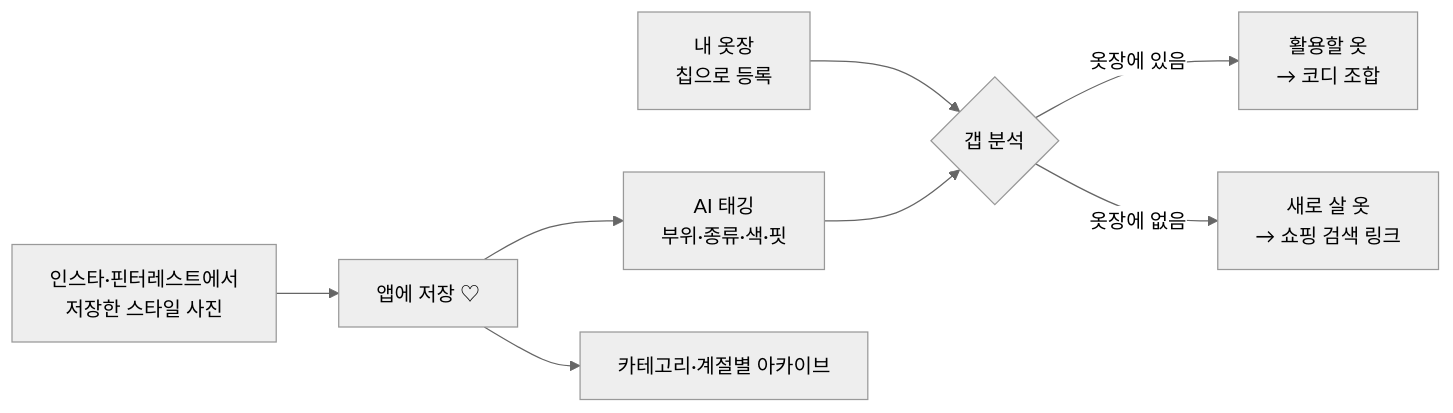
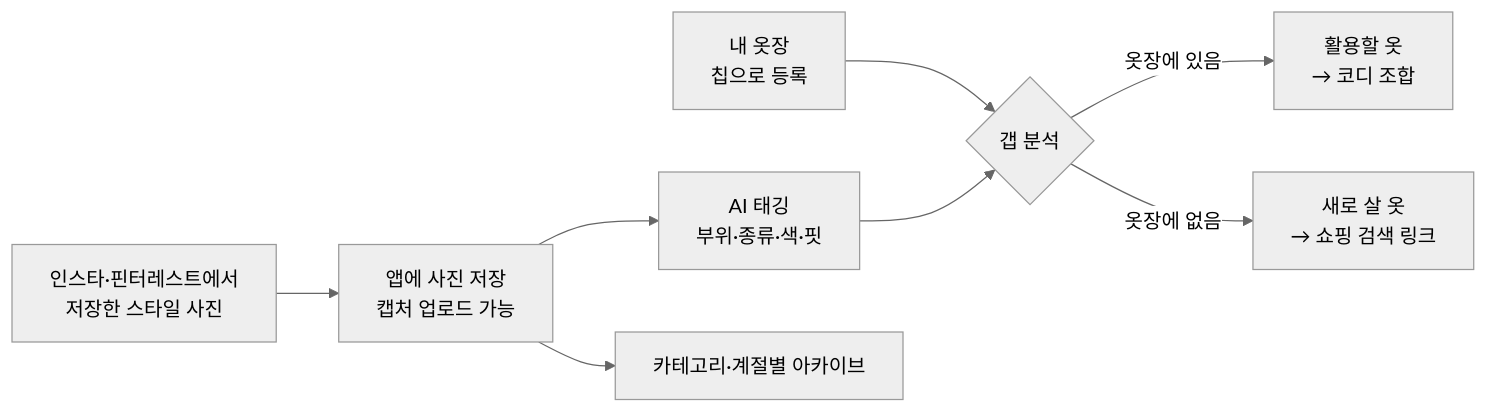
One commit to jeong35/FULL-JOIN changed the diagram in README.md. Above: the diagram before and after it, drawn with Mermaid (neutral theme). The commit also changed other lines of this file and 9 other files, not shown here.

````diff
--- a/README.md
+++ b/README.md
@@ -36,10 +37,10 @@
 ```mermaid
 flowchart LR
-  A[인스타·핀터레스트에서<br/>저장한 스타일 사진] --> B[앱에 저장 ♡]
+  A[인스타·핀터레스트에서<br/>저장한 스타일 사진] --> B[앱에 사진 저장<br/>캡처 업로드 가능]
   B --> C[AI 태깅<br/>부위·종류·색·핏]
   W[내 옷장<br/>칩으로 등록] --> D
   C --> D{갭 분석}
   D -->|옷장에 있음| E[활용할 옷<br/>→ 코디 조합]
   D -->|옷장에 없음| F[새로 살 옷<br/>→ 쇼핑 검색 링크]
   B --> G[카테고리·계절별 아카이브]
 ```
````
